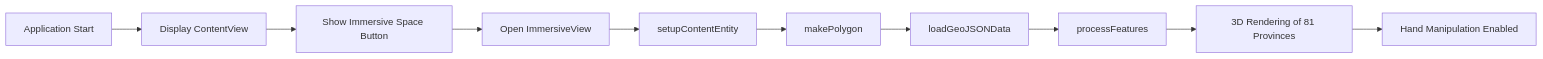
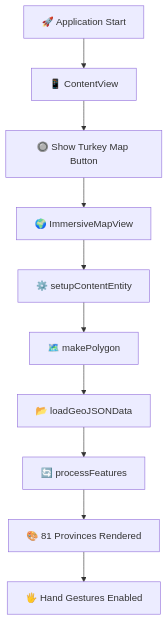
One commit to durul/TR-Spatial-Atlas changed the diagram in README.md. Above: the diagram before and after it, drawn with Mermaid.

Commit message:
Update application flow diagram in README
Revised the Mermaid flowchart in the README to use top-down layout, add emojis for clarity, and update step descriptions for improved readability and user understanding.

````diff
--- a/README.md
+++ b/README.md
@@ -22,13 +22,12 @@
 ```mermaid
-flowchart LR
-A[Application Start] --> B[Display ContentView]
-B --> C[Show Immersive Space Button]
-C --> D[Open ImmersiveView]
-D --> E[setupContentEntity]
-E --> F[makePolygon]
-F --> G[loadGeoJSONData]
-G --> H[processFeatures]
-H --> I[3D Rendering of 81 Provinces]
-I --> J[Hand Manipulation Enabled]
-
+flowchart TD
+    A[🚀 Application Start] --> B[📱 ContentView]
+    B --> C[🔘 Show Turkey Map Button]
+    C --> D[🌍 ImmersiveMapView]
+    D --> E[⚙️ setupContentEntity]
+    E --> F[🗺️ makePolygon]
+    F --> G[📂 loadGeoJSONData]
+    G --> H[🔄 processFeatures]
+    H --> I[🎨 81 Provinces Rendered]
+    I --> J[🖐️ Hand Gestures Enabled]
 ```
````
